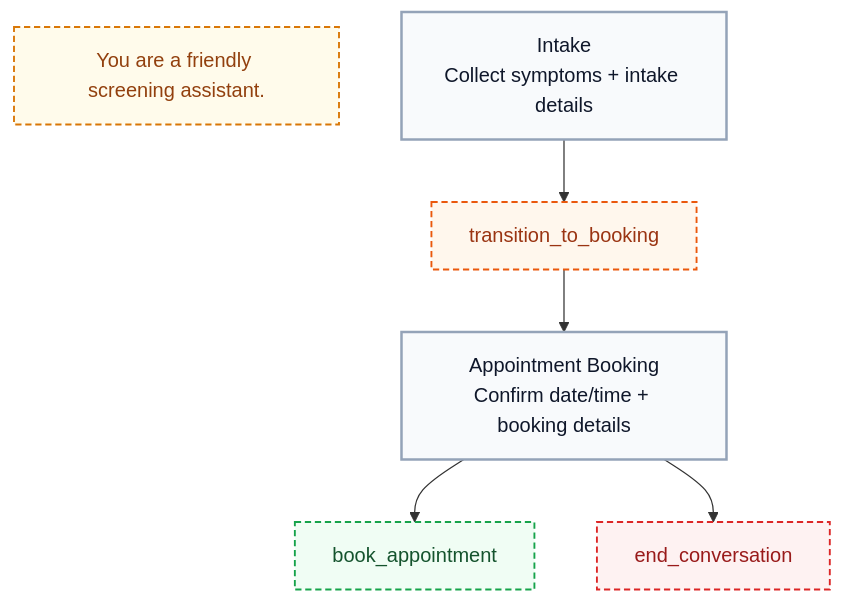
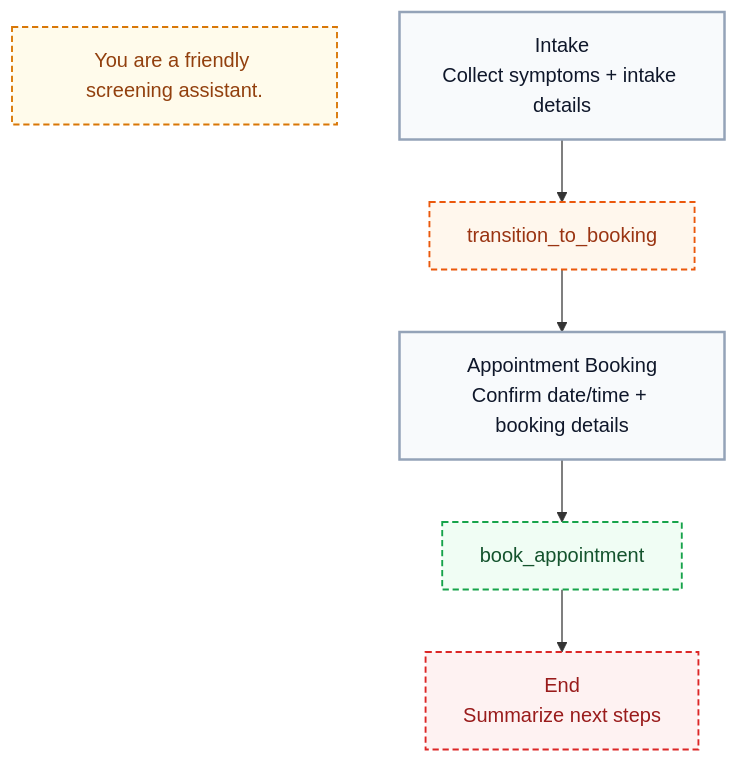
The seventh of 8 diagrams in guides/scenarios/using-json.mdx (william-akapulu/docs), drawn with Mermaid before and after one commit. The commit also changed other lines of this file and 37 other files, not shown here.

````diff
--- a/guides/scenarios/using-json.mdx
+++ b/guides/scenarios/using-json.mdx
@@ -517,24 +432,23 @@
 ```mermaid
 flowchart TD
-  RM["You are a friendly screening assistant."]
+  RI["You are a friendly screening assistant."]
   A["Intake<br/>Collect symptoms + intake details"]
   T["transition_to_booking"]
   B["Appointment Booking<br/>Confirm date/time + booking details"]
   H["book_appointment"]
-  E["end_conversation"]
+  E["End<br/>Summarize next steps"]
 
   A --> T --> B
-  B --> H
-  B --> E
+  B --> H --> E
 
-  classDef stage fill:#f8fafc,color:#0f172a,stroke:#94a3b8,stroke-width:2px;
+  classDef node fill:#f8fafc,color:#0f172a,stroke:#94a3b8,stroke-width:2px;
   classDef transition fill:#fff7ed,color:#9a3412,stroke:#ea580c,stroke-width:1.5px,stroke-dasharray: 5 3;
   classDef http fill:#f0fdf4,color:#14532d,stroke:#16a34a,stroke-width:1.5px,stroke-dasharray: 5 3;
   classDef endNode fill:#fef2f2,color:#991b1b,stroke:#dc2626,stroke-width:1.5px,stroke-dasharray: 5 3;
   classDef role fill:#fffbeb,color:#92400e,stroke:#d97706,stroke-width:1.5px,stroke-dasharray: 5 3;
-  class A,B stage;
+  class A,B node;
   class T transition;
   class H http;
   class E endNode;
-  class RM role;
+  class RI role;
 ```
````
